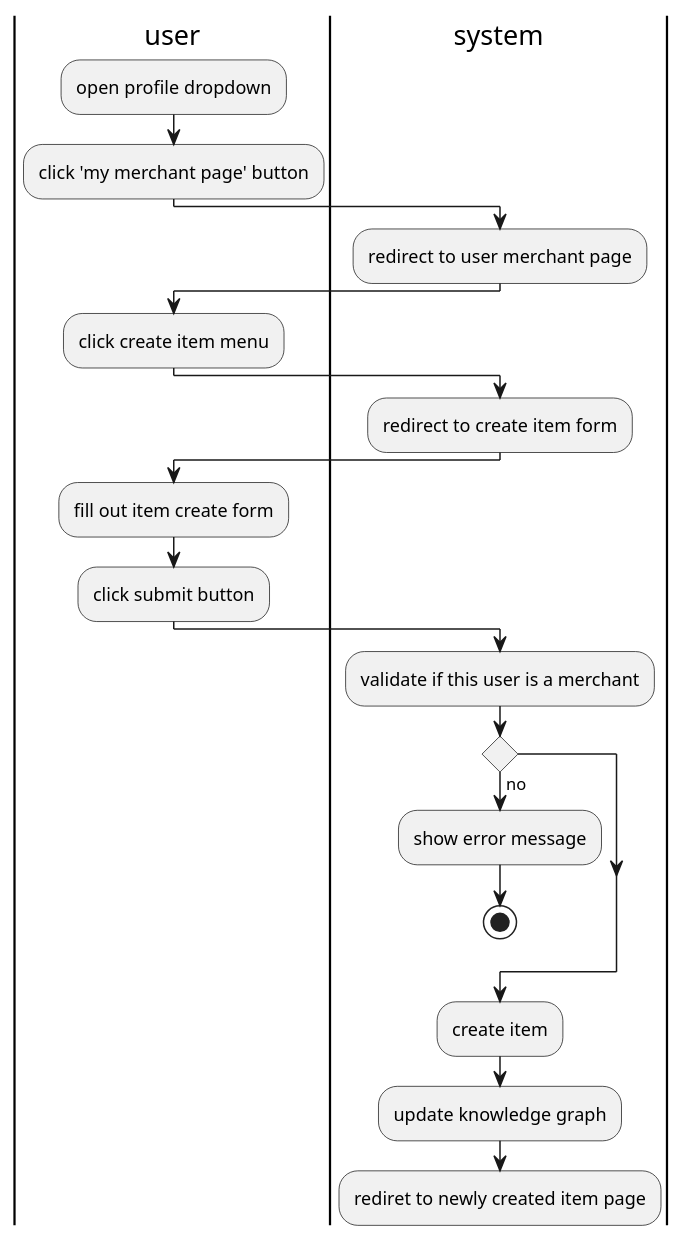
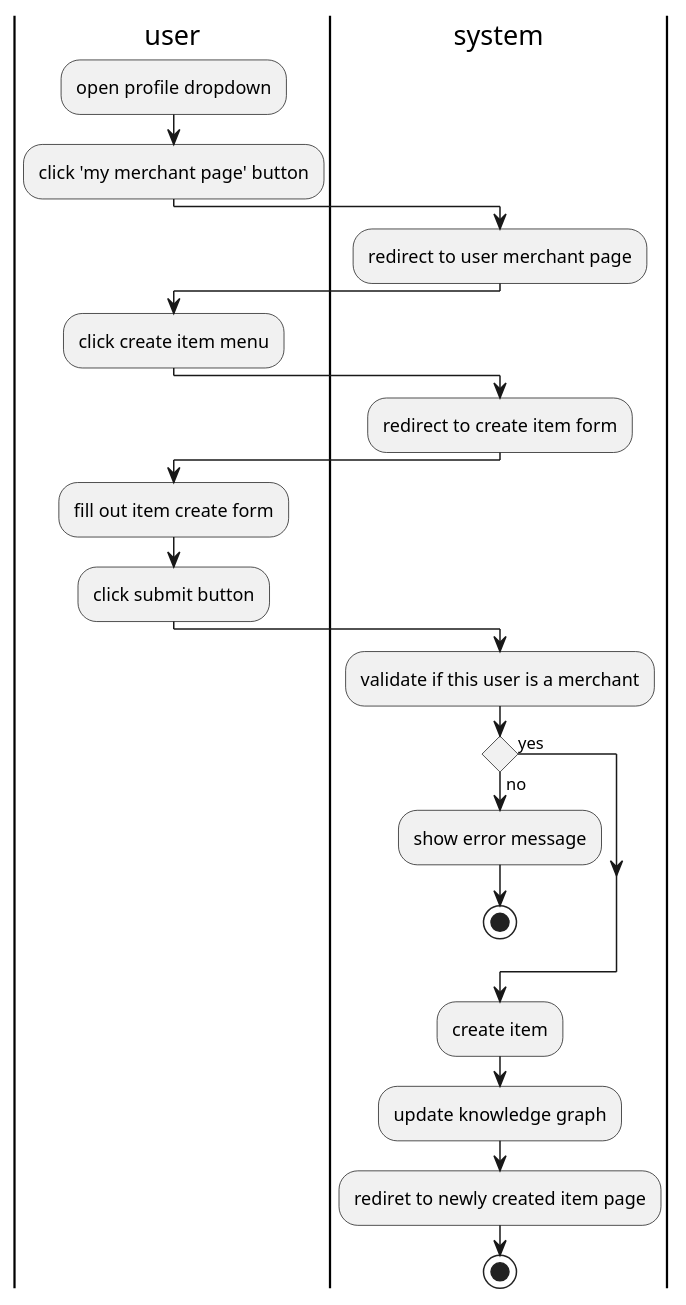
Before and after one commit to aldihsuhandi/skripsi-2023: the diagram in uml diagram/activity diagram/item/create item.pu, drawn with PlantUML. The commit also changed 15 other files, not shown here.

Commit message:
add missing true false annotations in activity diagram

```diff
--- a/uml diagram/activity diagram/item/create item.pu
+++ b/uml diagram/activity diagram/item/create item.pu
@@ -1,26 +1,28 @@
 @startuml create item 
  
 |user|
 :open profile dropdown;
 :click 'my merchant page' button;
 |system|
 :redirect to user merchant page;
 |user|
 :click create item menu;
 |system|
 :redirect to create item form;
 |user|
 :fill out item create form;
 :click submit button;
 |system|
 :validate if this user is a merchant;
 if () then (no)
     :show error message;
     stop
+else (yes)
 endif
 
 :create item;
 :update knowledge graph;
 :rediret to newly created item page;
+stop
 
 @enduml
```
